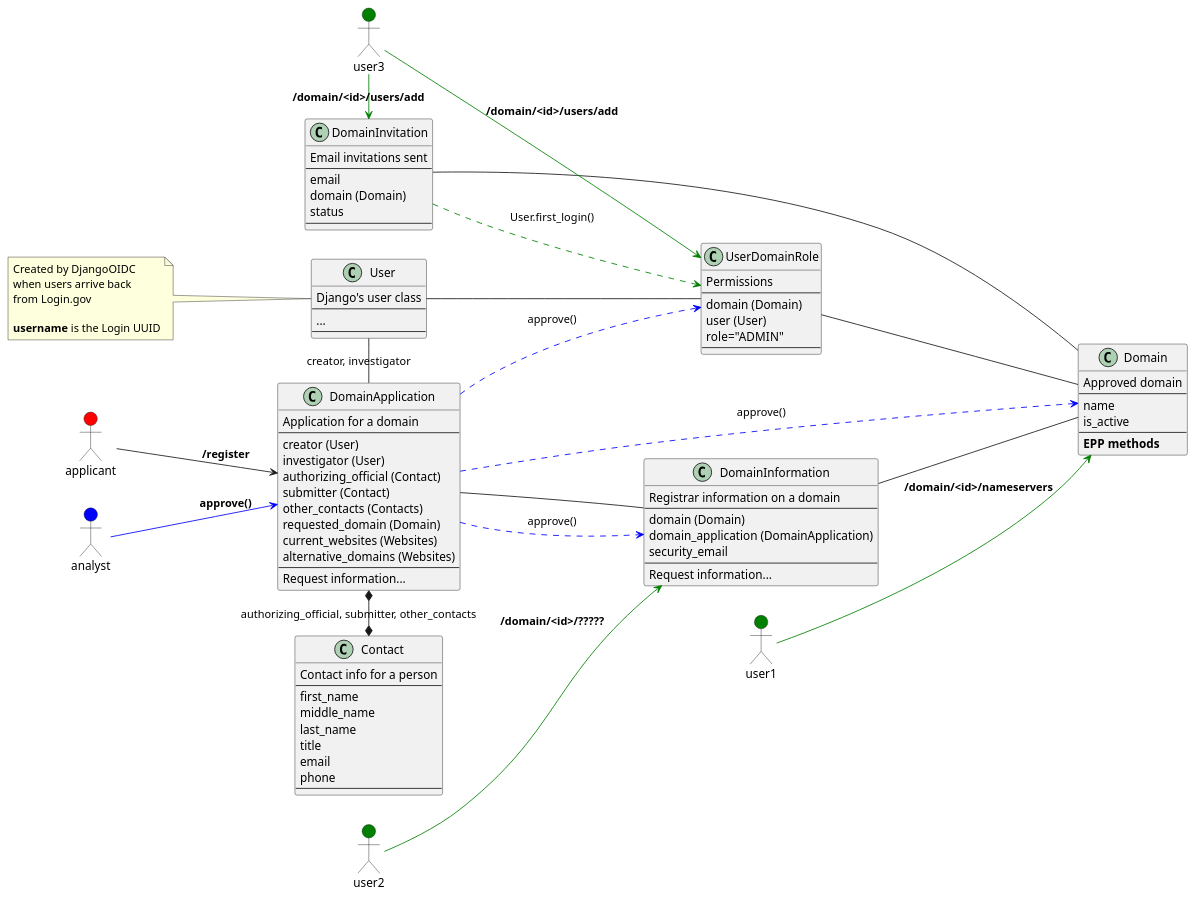
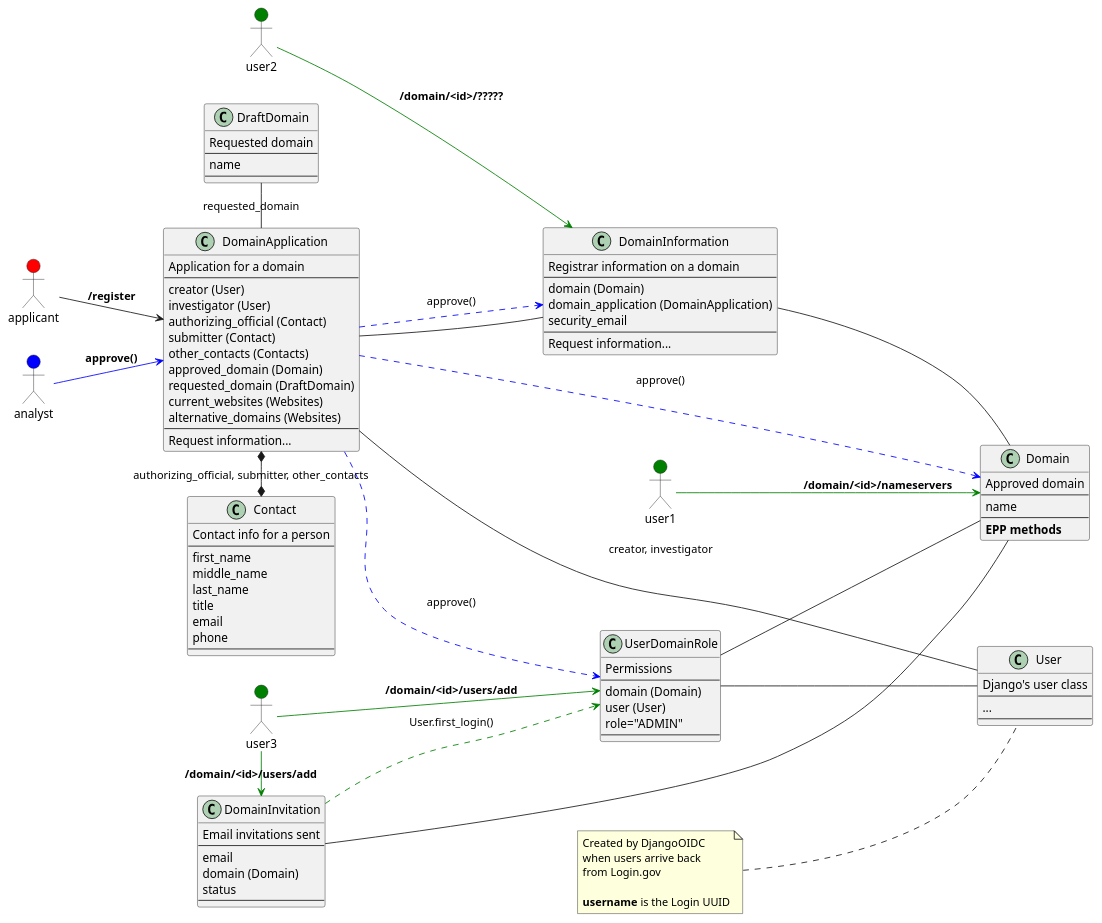
One commit to cisagov/manage.get.gov changed the diagram in docs/architecture/diagrams/model_timeline.md. Above: the diagram before and after it, drawn with PlantUML. The commit also changed 3 other files, not shown here.

Commit message:
Update UML model diagrams

```diff
--- a/docs/architecture/diagrams/model_timeline.md
+++ b/docs/architecture/diagrams/model_timeline.md
@@ -44,7 +44,8 @@
   authorizing_official (Contact)
   submitter (Contact)
   other_contacts (Contacts)
-  requested_domain (Domain)
+  approved_domain (Domain)
+  requested_domain (DraftDomain)
   current_websites (Websites)
   alternative_domains (Websites)
   --
@@ -81,11 +82,19 @@
 
 DomainApplication *-r-* Contact : authorizing_official, submitter, other_contacts
 
+class DraftDomain {
+  Requested domain
+  --
+  name
+  --
+}
+
+DomainApplication -l- DraftDomain : requested_domain
+
 class Domain {
   Approved domain
   --
   name
-  is_active
   --
   <b>EPP methods</b>
 }
```
